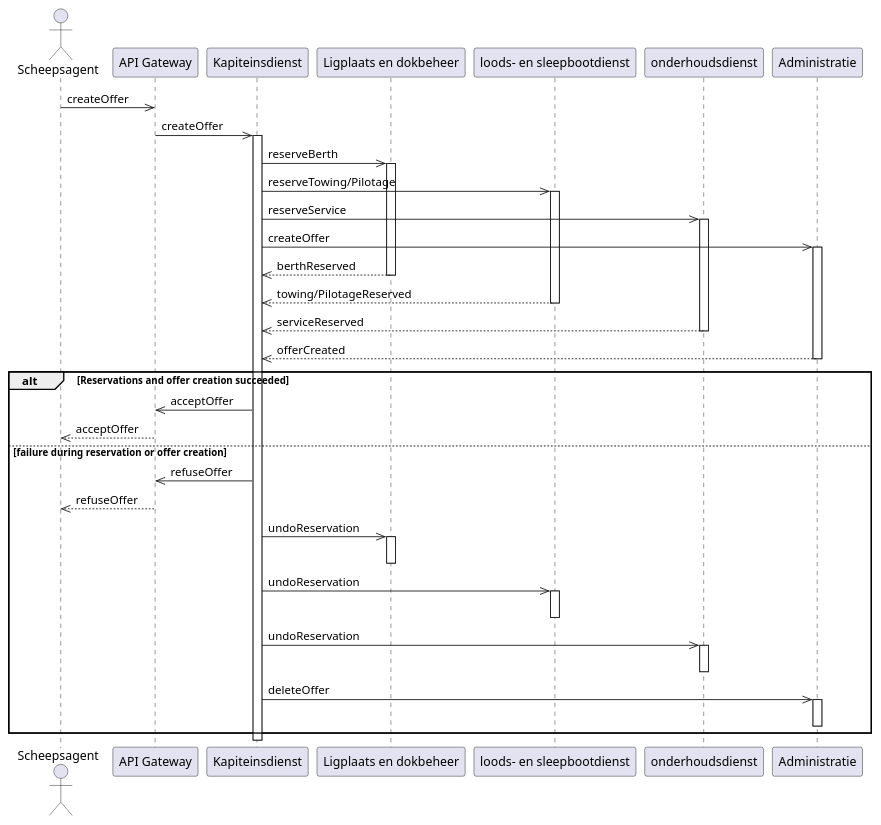
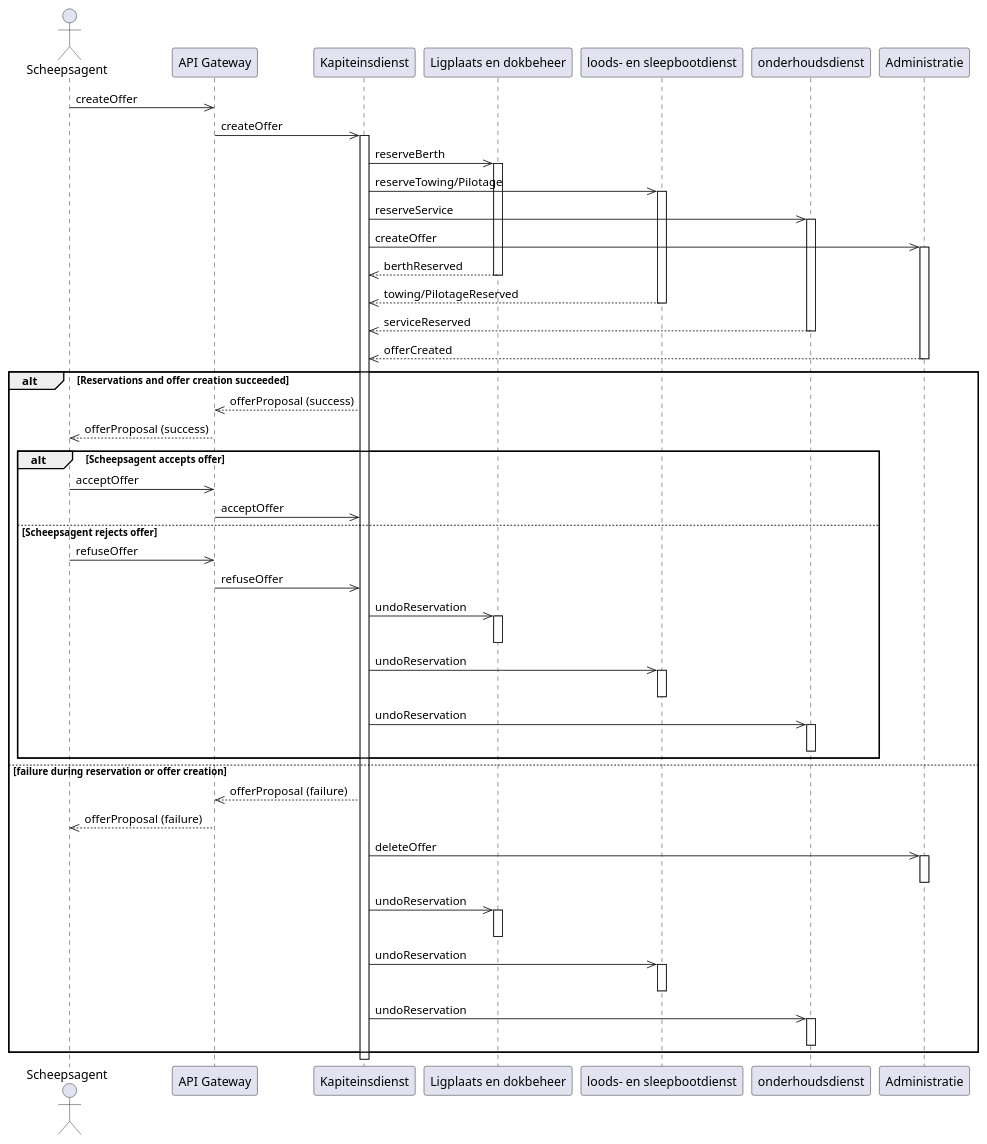
One commit to BavoAndriessen/project-sysdes changed the diagram in sequentie_serviceinteractie_1.puml. Above: the diagram before and after it, drawn with PlantUML.

Commit message:
accept en refurse en offerproposal

```diff
--- a/sequentie_serviceinteractie_1.puml
+++ b/sequentie_serviceinteractie_1.puml
@@ -1,47 +1,71 @@
 @startuml aanmelding van een binnenvaart
 
 actor Scheepsagent
 Scheepsagent ->> "API Gateway": createOffer
 "API Gateway" ->> Kapiteinsdienst: createOffer
 activate Kapiteinsdienst
 
 Kapiteinsdienst ->> "Ligplaats en dokbeheer": reserveBerth
 activate "Ligplaats en dokbeheer"
 Kapiteinsdienst ->> "loods- en sleepbootdienst": reserveTowing/Pilotage
 activate "loods- en sleepbootdienst"
 Kapiteinsdienst ->> onderhoudsdienst: reserveService
 activate "onderhoudsdienst"
 Kapiteinsdienst ->> Administratie: createOffer
 activate "Administratie"
 
 Kapiteinsdienst <<-- "Ligplaats en dokbeheer": berthReserved
 deactivate "Ligplaats en dokbeheer"
 Kapiteinsdienst <<-- "loods- en sleepbootdienst": towing/PilotageReserved
 deactivate "loods- en sleepbootdienst"
 Kapiteinsdienst <<-- onderhoudsdienst: serviceReserved
 deactivate "onderhoudsdienst"
 Kapiteinsdienst <<-- Administratie: offerCreated
 deactivate "Administratie"
 
+
+
 alt Reservations and offer creation succeeded
-    Kapiteinsdienst ->> "API Gateway": acceptOffer
-    "API Gateway" -->> Scheepsagent: acceptOffer
+    Kapiteinsdienst -->> "API Gateway": offerProposal (success)
+    "API Gateway" -->> Scheepsagent: offerProposal (success)
+
+    
+
+    alt Scheepsagent accepts offer
+        Scheepsagent ->> "API Gateway": acceptOffer
+        "API Gateway" ->> Kapiteinsdienst: acceptOffer
+        
+    else Scheepsagent rejects offer
+        Scheepsagent ->> "API Gateway": refuseOffer
+        "API Gateway" ->> Kapiteinsdienst: refuseOffer
+        Kapiteinsdienst ->> "Ligplaats en dokbeheer": undoReservation
+        activate "Ligplaats en dokbeheer"
+        deactivate "Ligplaats en dokbeheer"
+        Kapiteinsdienst ->> "loods- en sleepbootdienst": undoReservation
+        activate "loods- en sleepbootdienst"
+        deactivate "loods- en sleepbootdienst"
+        Kapiteinsdienst ->> "onderhoudsdienst": undoReservation
+        activate "onderhoudsdienst"
+        deactivate "onderhoudsdienst"
+    end
+
 else failure during reservation or offer creation
-    Kapiteinsdienst ->> "API Gateway": refuseOffer
-    "API Gateway" -->> Scheepsagent: refuseOffer
+    Kapiteinsdienst -->> "API Gateway": offerProposal (failure)
+    "API Gateway" -->> Scheepsagent: offerProposal (failure)
+    
+    Kapiteinsdienst ->> "Administratie": deleteOffer
+    activate "Administratie"
+    deactivate "Administratie"
     Kapiteinsdienst ->> "Ligplaats en dokbeheer": undoReservation
     activate "Ligplaats en dokbeheer"
     deactivate "Ligplaats en dokbeheer"
     Kapiteinsdienst ->> "loods- en sleepbootdienst": undoReservation
     activate "loods- en sleepbootdienst"
     deactivate "loods- en sleepbootdienst"
     Kapiteinsdienst ->> "onderhoudsdienst": undoReservation
     activate "onderhoudsdienst"
     deactivate "onderhoudsdienst"
-    Kapiteinsdienst ->> "Administratie": deleteOffer
-    activate "Administratie"
-    deactivate "Administratie"
 end
 
 
 @enduml
```
